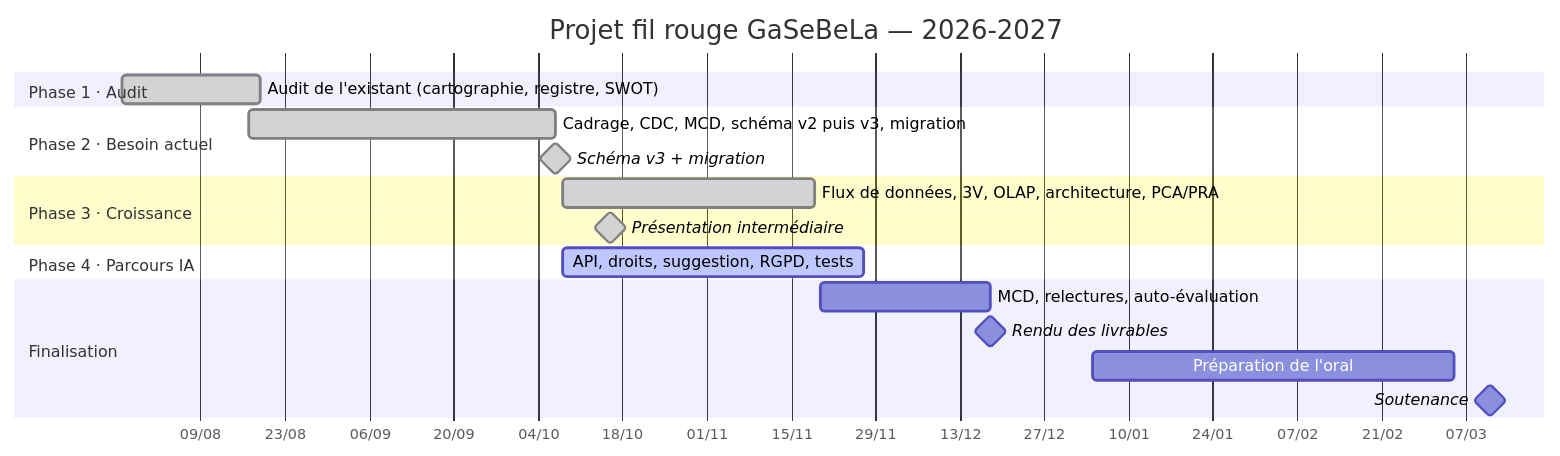
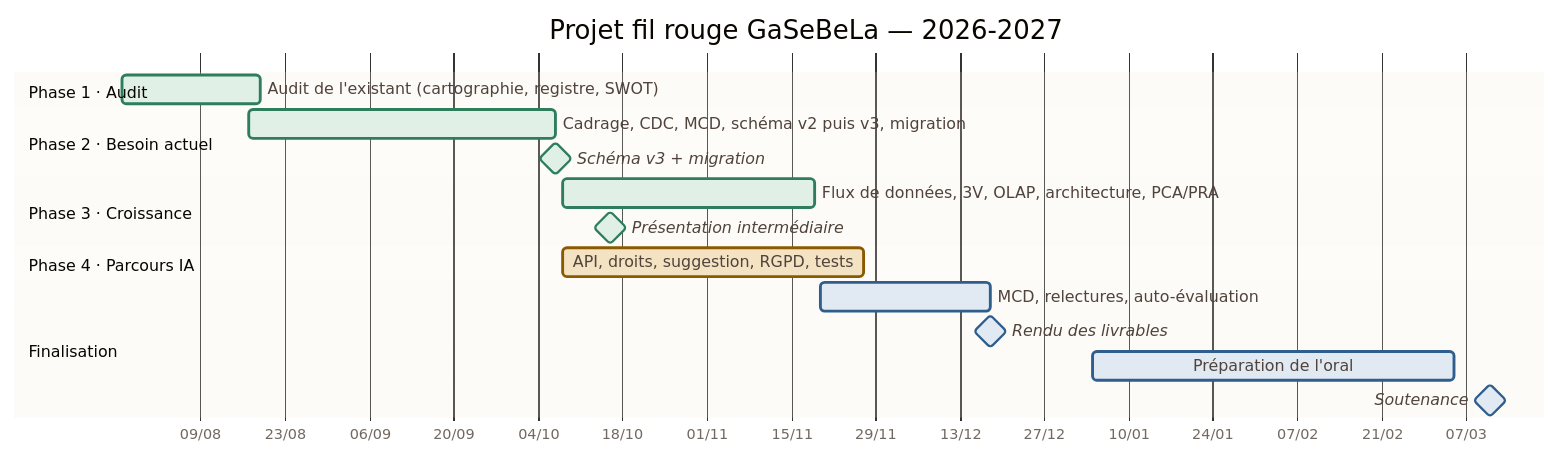
One commit to GaSeBeLa/Fil-Rouge changed the diagram in livrables/6-pilotage/6.1-gantt.md. Above: the diagram before and after it, drawn with Mermaid. The commit also changed other lines of this file, not shown here.

First line of the commit message:
docs(gantt): légende juste ; image affichée ; couleurs du Mermaid alignées sur l'image

````diff
--- a/livrables/6-pilotage/6.1-gantt.md
+++ b/livrables/6-pilotage/6.1-gantt.md
@@ -8,27 +11,28 @@
 ```mermaid
+%%{init: {"theme":"base","themeVariables":{"background":"#faf1e2","primaryTextColor":"#50433b","textColor":"#50433b","sectionBkgColor":"#f3e8d4","altSectionBkgColor":"#faf1e2","sectionBkgColor2":"#f3e8d4","gridColor":"#6e6151","doneTaskBkgColor":"#e1f0e6","doneTaskBorderColor":"#2e7d5b","activeTaskBkgColor":"#f3e3c3","activeTaskBorderColor":"#8a5a00","taskBkgColor":"#e1e9f2","taskBorderColor":"#2f5d8c","taskTextColor":"#50433b","taskTextOutsideColor":"#50433b","todayLineColor":"#b22222","fontFamily":"Arial, sans-serif"}}}%%
 gantt
     title Projet fil rouge GaSeBeLa — 2026-2027
     dateFormat YYYY-MM-DD
     axisFormat %d/%m
     tickInterval 2week
 
     section Phase 1 · Audit
     Audit de l'existant (cartographie, registre, SWOT)   :done, p1, 2026-07-27, 2026-08-19
 
     section Phase 2 · Besoin actuel
     Cadrage, CDC, MCD, schéma v2 puis v3, migration      :done, p2, 2026-08-17, 2026-10-07
     Schéma v3 + migration                                :milestone, done, m1, 2026-10-07, 0d
 
     section Phase 3 · Croissance
     Flux de données, 3V, OLAP, architecture, PCA/PRA      :done, p3, 2026-10-08, 2026-11-19
     Présentation intermédiaire                           :milestone, done, m2, 2026-10-16, 0d
 
     section Phase 4 · Parcours IA
     API, droits, suggestion, RGPD, tests                 :active, p4, 2026-10-08, 2026-11-27
 
     section Finalisation
     MCD, relectures, auto-évaluation                     :f1, 2026-11-20, 2026-12-18
     Rendu des livrables                                  :milestone, m3, 2026-12-18, 0d
     Préparation de l'oral                                :f2, 2027-01-04, 2027-03-05
     Soutenance                                           :milestone, m4, 2027-03-11, 0d
 ```
````
